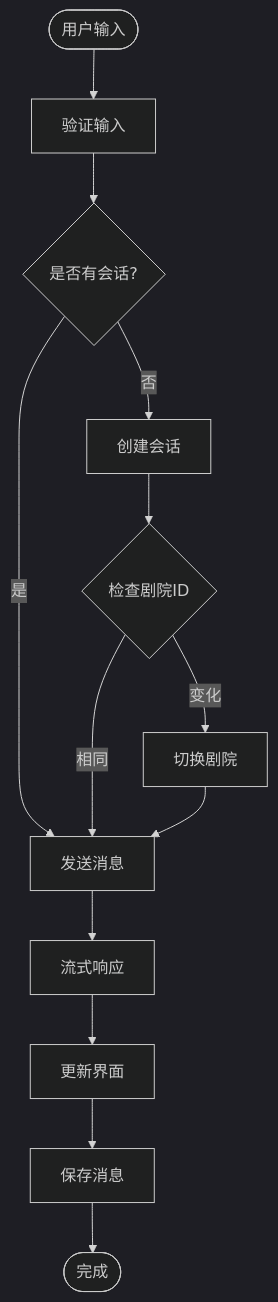
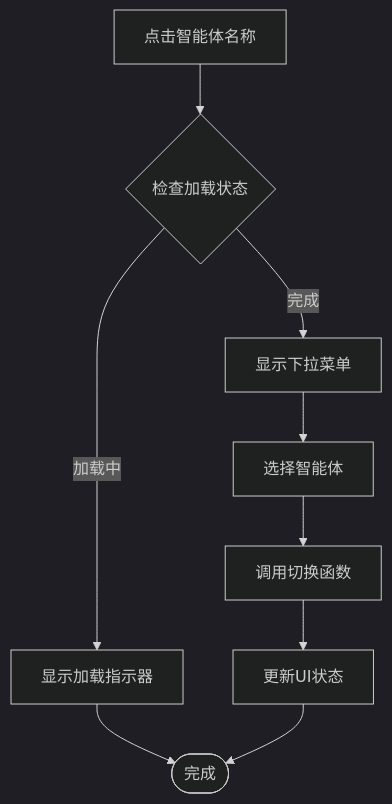
Before and after one commit to KunLabAI/KunFlix: the seventh of 16 diagrams in .qoder/repowiki/zh/content/前端开发指南/AI助手面板增强.md, drawn with Mermaid (dark theme). The commit also changed other lines of this file and 12 other files, not shown here.

````diff
--- a/.qoder/repowiki/zh/content/前端开发指南/AI助手面板增强.md
+++ b/.qoder/repowiki/zh/content/前端开发指南/AI助手面板增强.md
@@ -265,15 +343,11 @@
 ```mermaid
 flowchart TD
-Start([用户输入]) --> Validate[验证输入]
-Validate --> HasSession{是否有会话?}
-HasSession --> |否| CreateSession[创建会话]
-HasSession --> |是| SendMsg[发送消息]
-CreateSession --> CheckTheater{检查剧院ID}
-CheckTheater --> |变化| SwitchTheater[切换剧院]
-CheckTheater --> |相同| SendMsg
-SwitchTheater --> SendMsg
-SendMsg --> StreamResp[流式响应]
-StreamResp --> UpdateUI[更新界面]
-UpdateUI --> SaveMsg[保存消息]
-SaveMsg --> End([完成])
+Click[点击智能体名称] --> CheckLoading{检查加载状态}
+CheckLoading --> |加载中| ShowSpinner[显示加载指示器]
+CheckLoading --> |完成| ShowDropdown[显示下拉菜单]
+ShowDropdown --> SelectAgent[选择智能体]
+SelectAgent --> CallSwitch[调用切换函数]
+CallSwitch --> UpdateUI[更新UI状态]
+ShowSpinner --> End([完成])
+UpdateUI --> End
 ```
````
